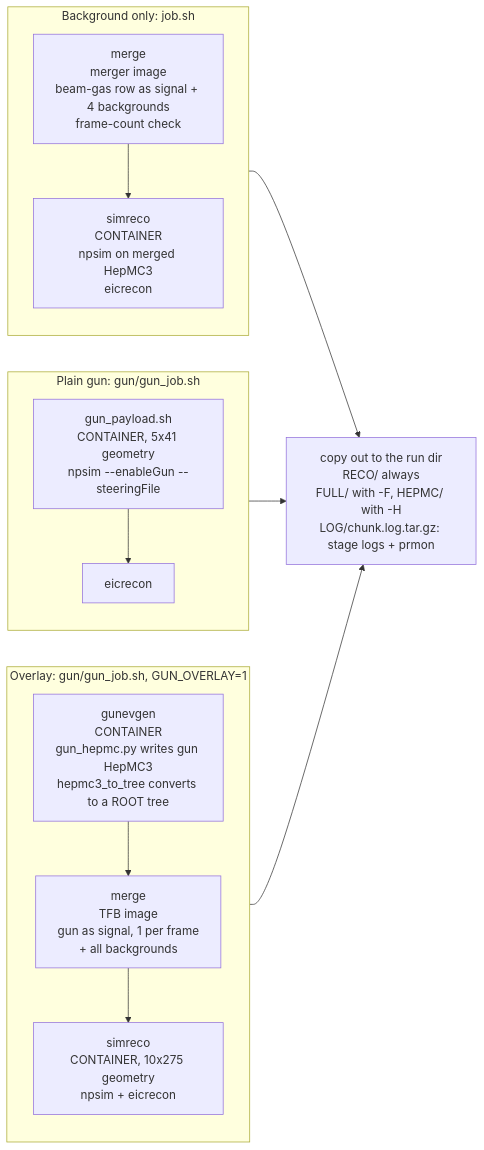
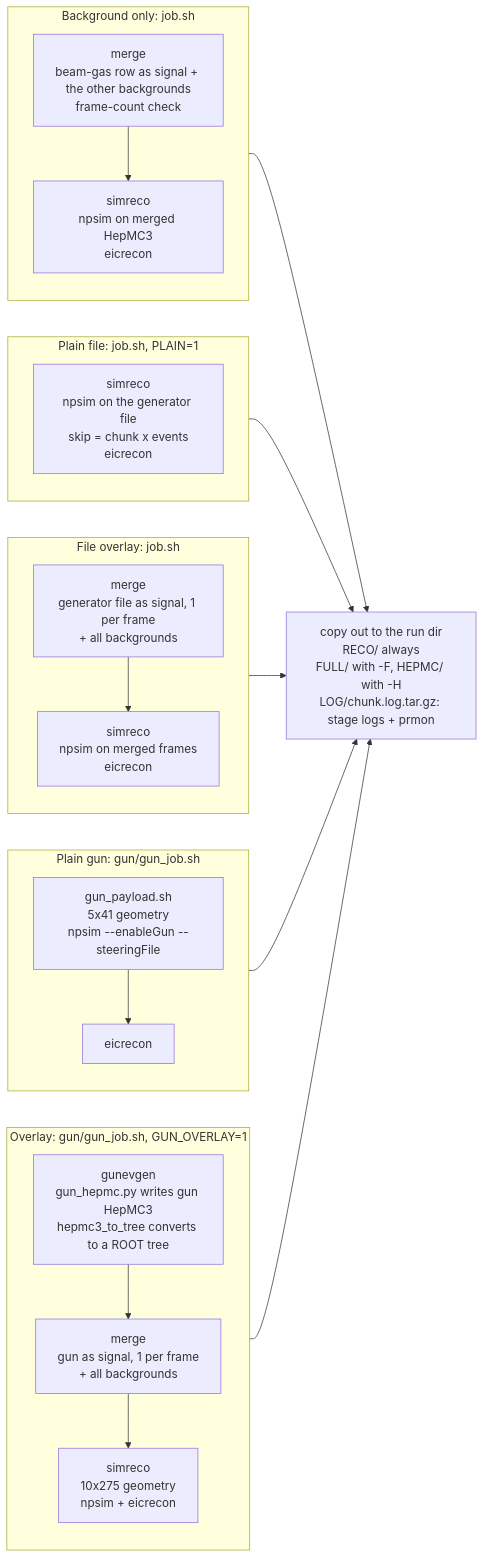
The second of 3 diagrams in README.md (rahmans1/bnl-epic-condor-test), drawn with Mermaid before and after one commit. The commit also changed other lines of this file and 14 other files, not shown here.

First line of the commit message:
Add generator-file mode, release selection; hepmcmerger default, one image

````diff
--- a/README.md
+++ b/README.md
@@ -111,19 +145,29 @@
 ```mermaid
 flowchart LR
     subgraph BG["Background only: job.sh"]
         direction TB
-        b1["merge<br/>merger image<br/>beam-gas row as signal + 4 backgrounds<br/>frame-count check"] --> b2["simreco<br/>CONTAINER<br/>npsim on merged HepMC3<br/>eicrecon"]
+        b1["merge<br/>beam-gas row as signal + the other backgrounds<br/>frame-count check"] --> b2["simreco<br/>npsim on merged HepMC3<br/>eicrecon"]
+    end
+    subgraph FP["Plain file: job.sh, PLAIN=1"]
+        direction TB
+        f1["simreco<br/>npsim on the generator file<br/>skip = chunk x events<br/>eicrecon"]
+    end
+    subgraph FO["File overlay: job.sh"]
+        direction TB
+        fo1["merge<br/>generator file as signal, 1 per frame<br/>+ all backgrounds"] --> fo2["simreco<br/>npsim on merged frames<br/>eicrecon"]
     end
     subgraph GUN["Plain gun: gun/gun_job.sh"]
         direction TB
-        g1["gun_payload.sh<br/>CONTAINER, 5x41 geometry<br/>npsim --enableGun --steeringFile"] --> g2["eicrecon"]
+        g1["gun_payload.sh<br/>5x41 geometry<br/>npsim --enableGun --steeringFile"] --> g2["eicrecon"]
     end
     subgraph OV["Overlay: gun/gun_job.sh, GUN_OVERLAY=1"]
         direction TB
-        o1["gunevgen<br/>CONTAINER<br/>gun_hepmc.py writes gun HepMC3<br/>hepmc3_to_tree converts to a ROOT tree"] --> o2["merge<br/>TFB image<br/>gun as signal, 1 per frame<br/>+ all backgrounds"]
-        o2 --> o3["simreco<br/>CONTAINER, 10x275 geometry<br/>npsim + eicrecon"]
+        o1["gunevgen<br/>gun_hepmc.py writes gun HepMC3<br/>hepmc3_to_tree converts to a ROOT tree"] --> o2["merge<br/>gun as signal, 1 per frame<br/>+ all backgrounds"]
+        o2 --> o3["simreco<br/>10x275 geometry<br/>npsim + eicrecon"]
     end
     BG --> OUT["copy out to the run dir<br/>RECO/ always<br/>FULL/ with -F, HEPMC/ with -H<br/>LOG/chunk.log.tar.gz: stage logs + prmon"]
+    FP --> OUT
+    FO --> OUT
     GUN --> OUT
     OV --> OUT
 ```
````
